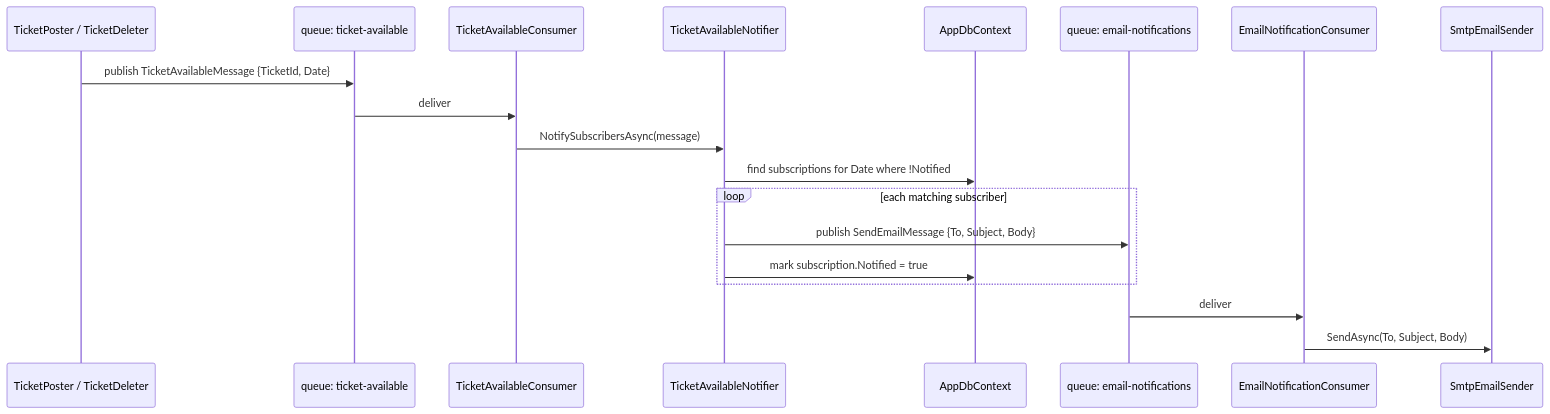
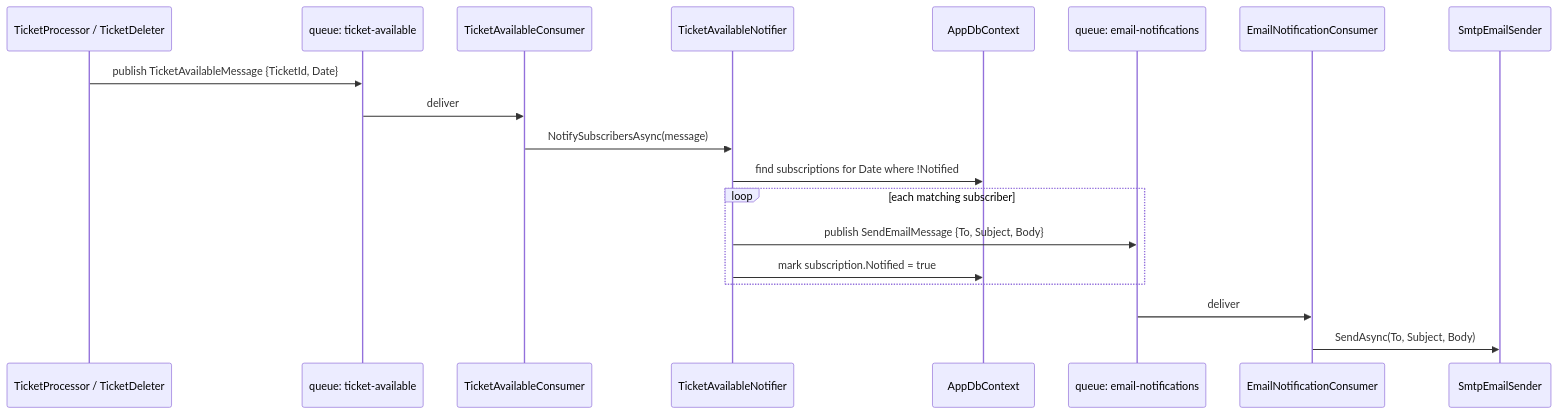
Before and after one commit to BaraaAbuhalima/manassa-ticket-backend: the first of 2 diagrams in RABBITMQ.md, drawn with Mermaid. The commit also changed other lines of this file and 56 other files, not shown here.

````diff
--- a/RABBITMQ.md
+++ b/RABBITMQ.md
@@ -39,22 +50,22 @@
 ```mermaid
 sequenceDiagram
-    participant Poster as TicketPoster / TicketDeleter
+    participant Poster as TicketProcessor / TicketDeleter
     participant TAQ as queue: ticket-available
     participant Consumer as TicketAvailableConsumer
     participant Notifier as TicketAvailableNotifier
     participant DB as AppDbContext
     participant ENQ as queue: email-notifications
     participant EConsumer as EmailNotificationConsumer
     participant SMTP as SmtpEmailSender
 
     Poster->>TAQ: publish TicketAvailableMessage {TicketId, Date}
     TAQ->>Consumer: deliver
     Consumer->>Notifier: NotifySubscribersAsync(message)
     Notifier->>DB: find subscriptions for Date where !Notified
     loop each matching subscriber
         Notifier->>ENQ: publish SendEmailMessage {To, Subject, Body}
         Notifier->>DB: mark subscription.Notified = true
     end
     ENQ->>EConsumer: deliver
     EConsumer->>SMTP: SendAsync(To, Subject, Body)
 ```
````
